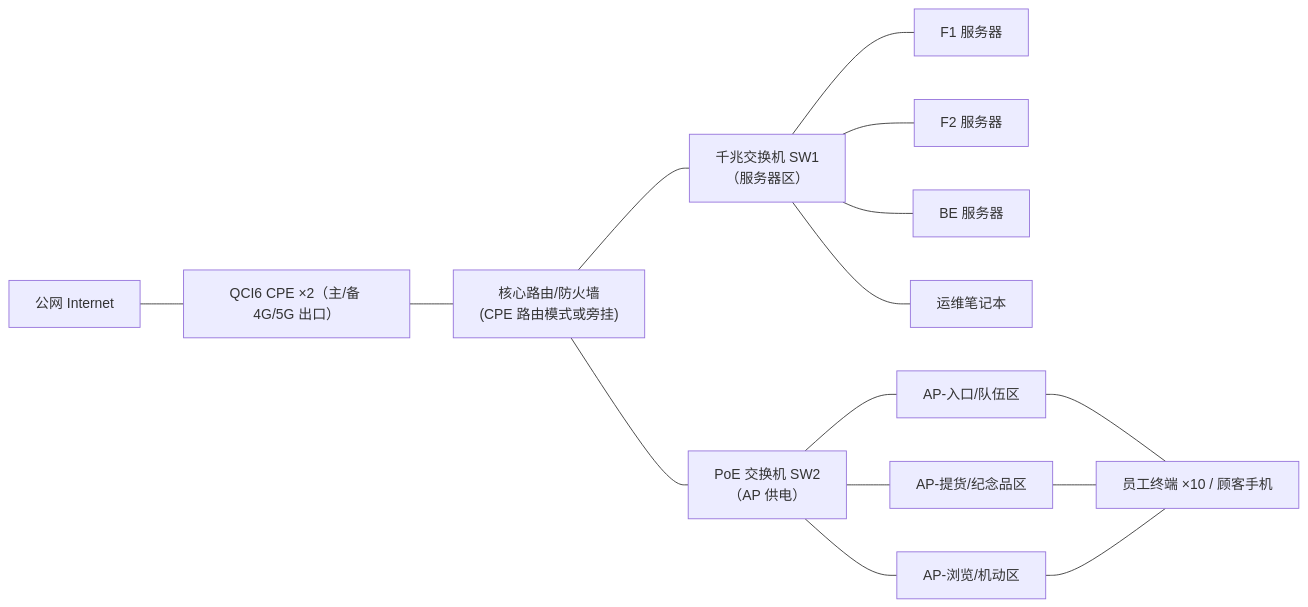
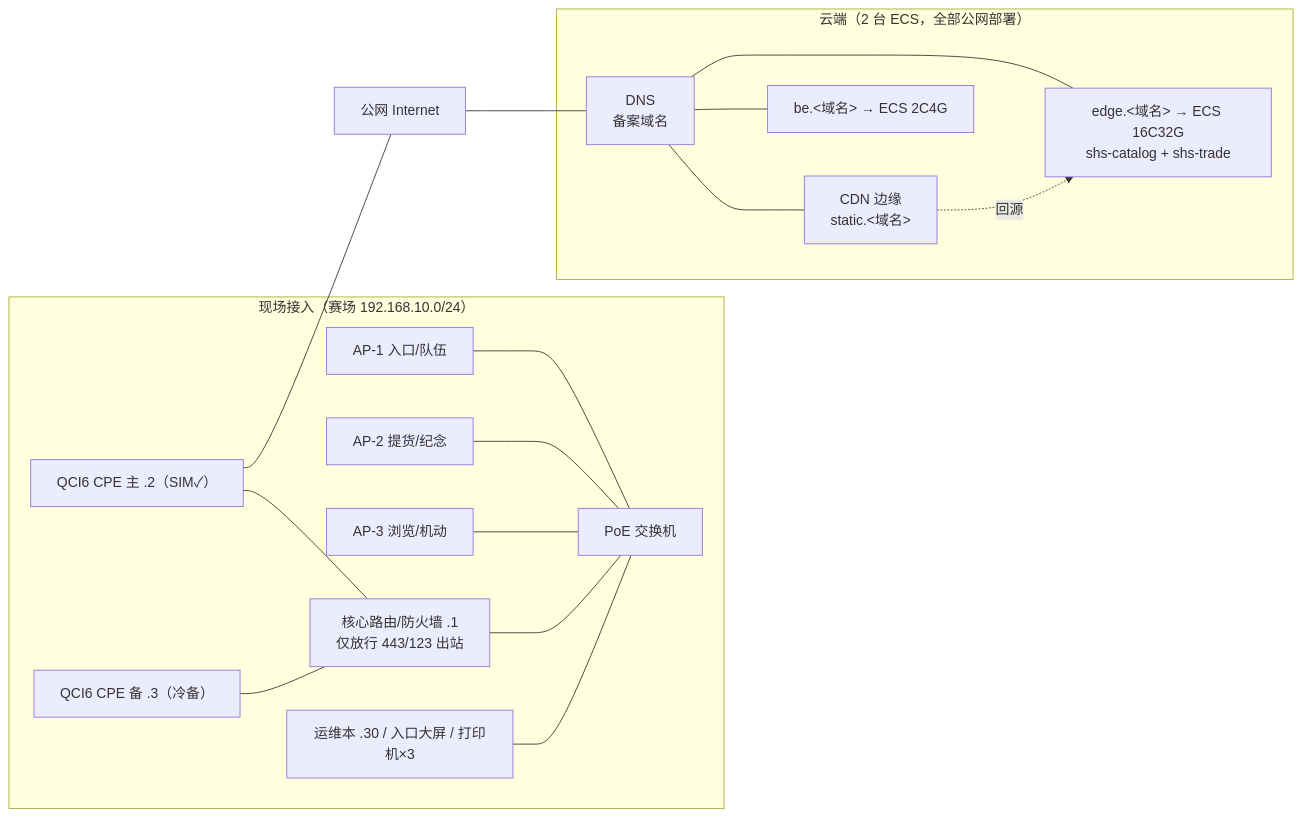
Before and after one commit to Xusysysy/ShanHaiPlan: the fifth of 5 diagrams in docs/02-系统架构设计.md, drawn with Mermaid. The commit also changed other lines of this file and 17 other files, not shown here.

Commit message:
docs(v1.2): 迁移云上公网部署+CDN分流；F1+F2合并为前端聚合单机（库存同进程直读SSOT零漂移）；SIM已办理；同步架构图/拓扑/甘特、BOM预算(2×ECS)、排期与风险登记册，重出Word/Excel三件套

````diff
--- a/docs/02-系统架构设计.md
+++ b/docs/02-系统架构设计.md
@@ -164,15 +170,21 @@
 ```mermaid
 flowchart LR
-    INET["公网 Internet"] --- CPE["QCI6 CPE ×2（主/备 4G/5G 出口）"]
-    CPE --- RTR["核心路由/防火墙<br/>(CPE 路由模式或旁挂)"]
-    RTR --- SW1["千兆交换机 SW1<br/>（服务器区）"]
-    RTR --- SW2["PoE 交换机 SW2<br/>（AP 供电）"]
-    SW1 --- F1S["F1 服务器"]
-    SW1 --- F2S["F2 服务器"]
-    SW1 --- BES["BE 服务器"]
-    SW1 --- OPS["运维笔记本"]
-    SW2 --- AP1["AP-入口/队伍区"]
-    SW2 --- AP2["AP-提货/纪念品区"]
-    SW2 --- AP3["AP-浏览/机动区"]
-    AP1 & AP2 & AP3 --- PH["员工终端 ×10 / 顾客手机"]
+    subgraph SITE["现场接入（赛场 192.168.10.0/24）"]
+        AP1["AP-1 入口/队伍"] --- SW["PoE 交换机"]
+        AP2["AP-2 提货/纪念"] --- SW
+        AP3["AP-3 浏览/机动"] --- SW
+        RTR["核心路由/防火墙 .1<br/>仅放行 443/123 出站"] --- SW
+        CPE1["QCI6 CPE 主 .2（SIM✓）"] --- RTR
+        CPE2["QCI6 CPE 备 .3（冷备）"] --- RTR
+        OPS["运维本 .30 / 入口大屏 / 打印机×3"] --- SW
+    end
+    INET["公网 Internet"]
+    CPE1 --- INET
+    subgraph CLOUD["云端（2 台 ECS，全部公网部署）"]
+        DNS["DNS<br/>备案域名"] --- CDN["CDN 边缘<br/>static.<域名>"]
+        DNS --- EC["edge.<域名> → ECS 16C32G<br/>shs-catalog + shs-trade"]
+        DNS --- BEC["be.<域名> → ECS 2C4G"]
+        CDN -.回源.-> EC
+    end
+    INET --- DNS
 ```
````
